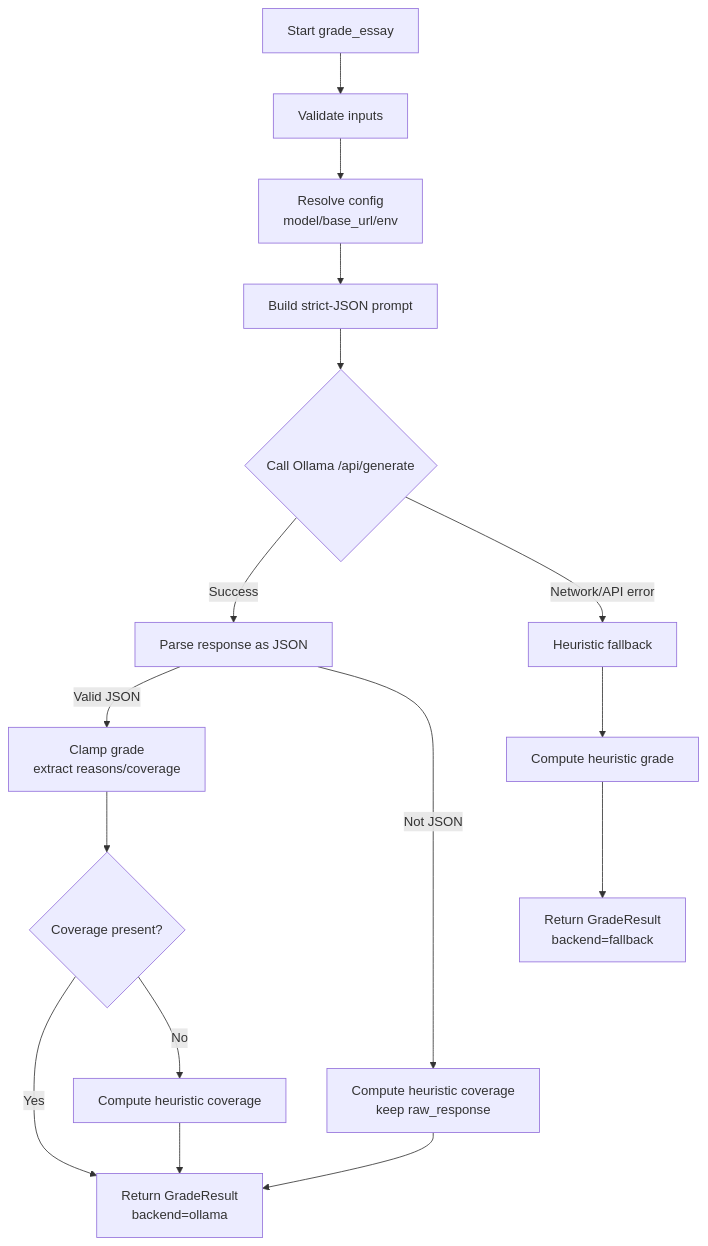
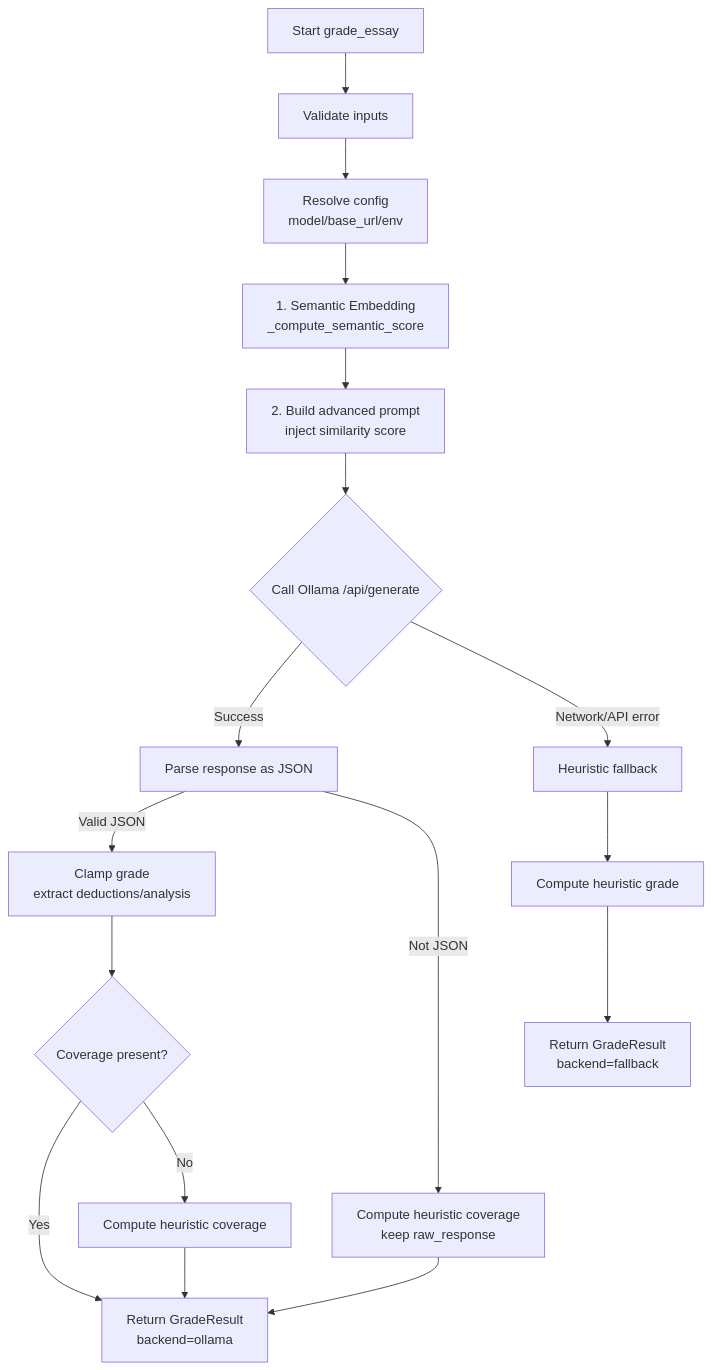
One commit to afalley/Quizem changed the diagram in DOCS/ESSAYGRADER_WORKFLOW.md. Above: the diagram before and after it, drawn with Mermaid. The commit also changed other lines of this file and 1 other file, not shown here.

````diff
--- a/DOCS/ESSAYGRADER_WORKFLOW.md
+++ b/DOCS/ESSAYGRADER_WORKFLOW.md
@@ -37,18 +48,19 @@
 ```mermaid
 flowchart TD
     A[Start grade_essay] --> B[Validate inputs]
     B --> C[Resolve config\nmodel/base_url/env]
-    C --> D[Build strict-JSON prompt]
+    C --> EM[1. Semantic Embedding\n_compute_semantic_score]
+    EM --> D[2. Build advanced prompt\ninject similarity score]
     D --> E{Call Ollama /api/generate}
     E -->|Success| F[Parse response as JSON]
     E -->|Network/API error| M[Heuristic fallback]
-    F -->|Valid JSON| G[Clamp grade\nextract reasons/coverage]
+    F -->|Valid JSON| G[Clamp grade\nextract deductions/analysis]
     F -->|Not JSON| H[Compute heuristic coverage\nkeep raw_response]
     G --> I{Coverage present?}
     I -->|Yes| J[Return GradeResult\nbackend=ollama]
     I -->|No| K[Compute heuristic coverage]
     K --> J
     H --> J
     M --> N[Compute heuristic grade]
     N --> O[Return GradeResult\nbackend=fallback]
 ```
````
